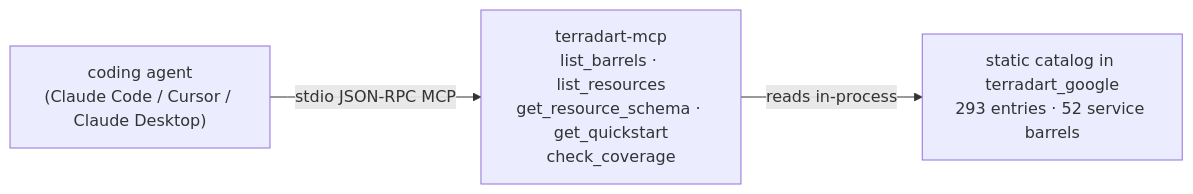
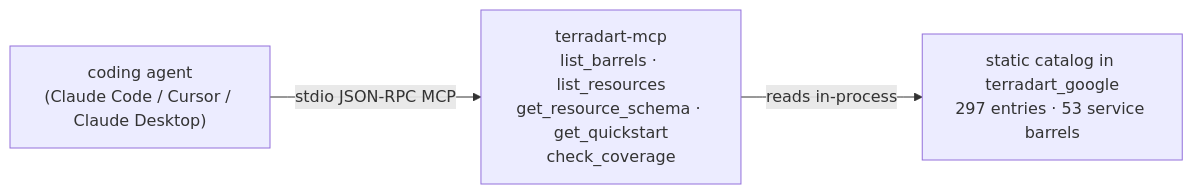
The diagram in website/src/content/docs/docs/agent/index.md (nozomi-koborinai/terradart), drawn with Mermaid before and after one commit. The commit also changed other lines of this file and 28 other files, not shown here.

````diff
--- a/website/src/content/docs/docs/agent/index.md
+++ b/website/src/content/docs/docs/agent/index.md
@@ -12,8 +12,8 @@
 ```mermaid
 graph LR
   agent["coding agent<br/>(Claude Code / Cursor / Claude Desktop)"]
   mcp["terradart-mcp<br/>list_barrels · list_resources<br/>get_resource_schema · get_quickstart<br/>check_coverage"]
-  catalog["static catalog in terradart_google<br/>293 entries · 52 service barrels"]
+  catalog["static catalog in terradart_google<br/>297 entries · 53 service barrels"]
   agent -->|stdio JSON-RPC MCP| mcp
   mcp -->|reads in-process| catalog
 ```
````
